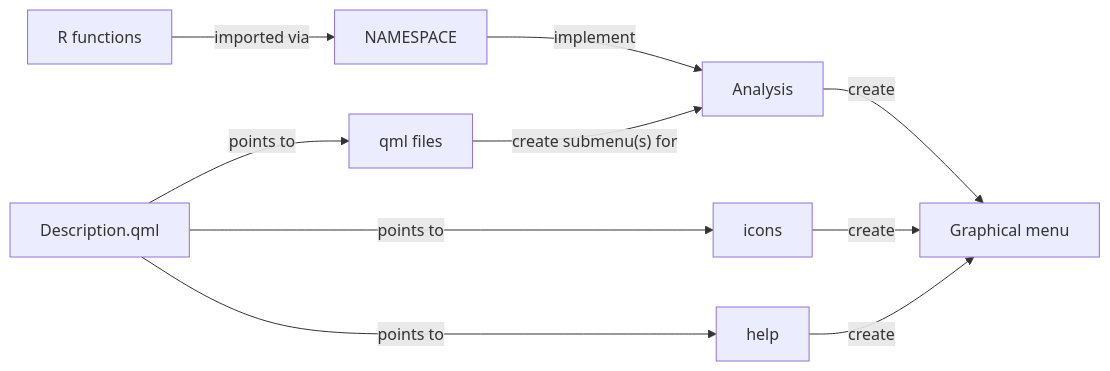
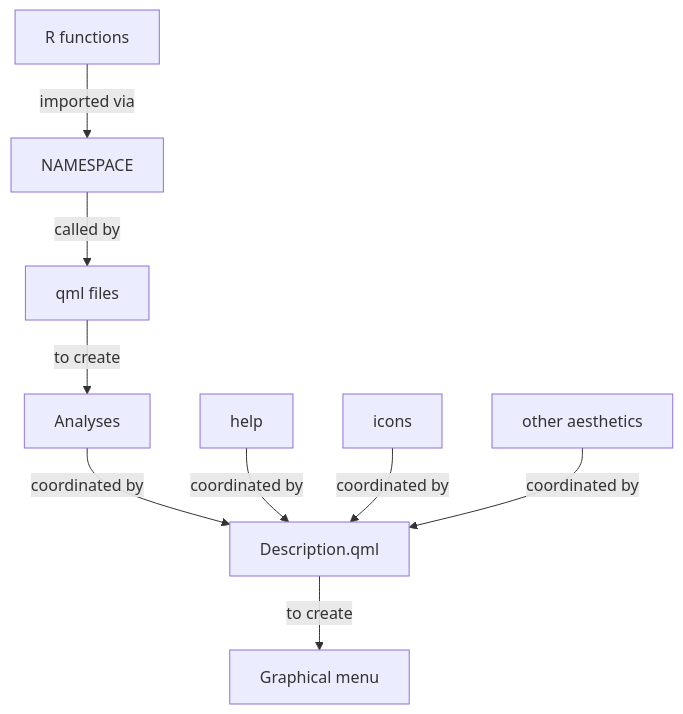
Before and after one commit to jasp-stats/jasp-desktop: the diagram in Docs/development/jasp-adding-module.md, drawn with Mermaid. The commit also changed other lines of this file, not shown here.

Commit message:
Use R-centric workflow diagram

````diff
--- a/Docs/development/jasp-adding-module.md
+++ b/Docs/development/jasp-adding-module.md
@@ -45,7 +45,5 @@
 ```mermaid
-graph LR
-Description.qml -- points to --> qmls & icons & help
-qmls["qml files"] -- create submenu(s) for --> Analysis 
-R["R functions"] -- imported via --> NAMESPACE -- implement --> Analysis
-Analysis & icons & help -- create --> Menu["Graphical menu"]
+graph TD
+R["R functions"] -- imported via --> NAMESPACE -- called by --> qmls["qml files"] -- to create--> Analyses
+Analyses & help & icons & aesthetics["other aesthetics"] -- coordinated by --> Description.qml -- to create --> Menu["Graphical menu"]
 ```
````
